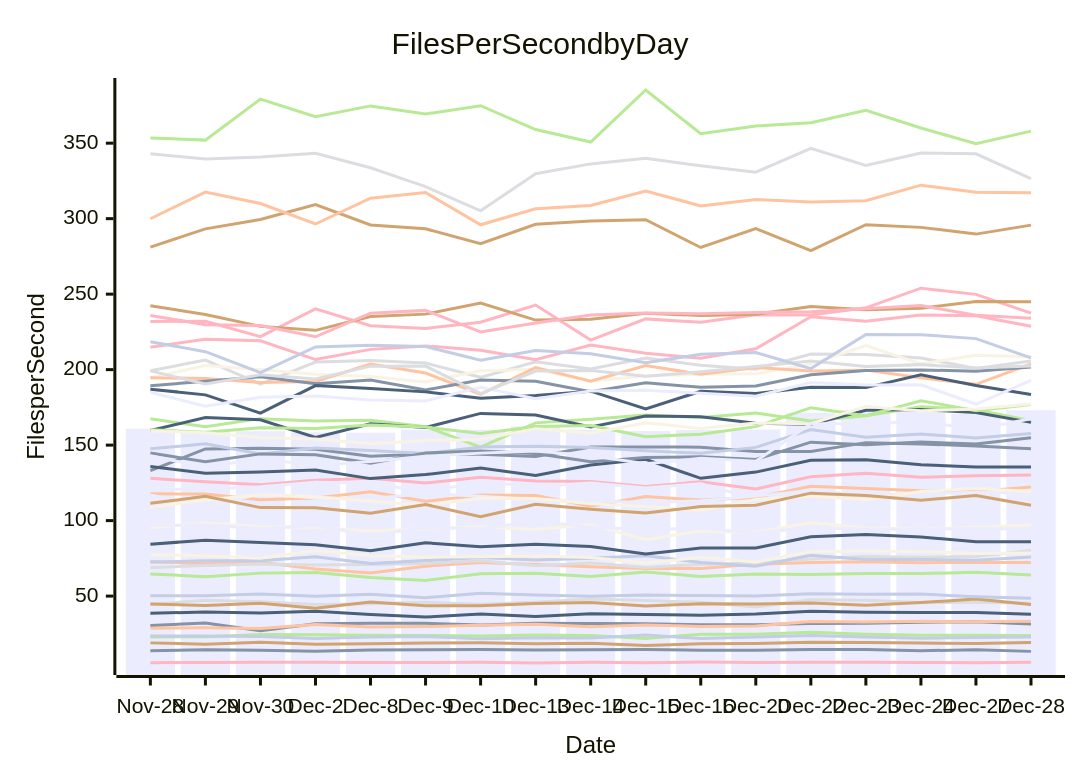
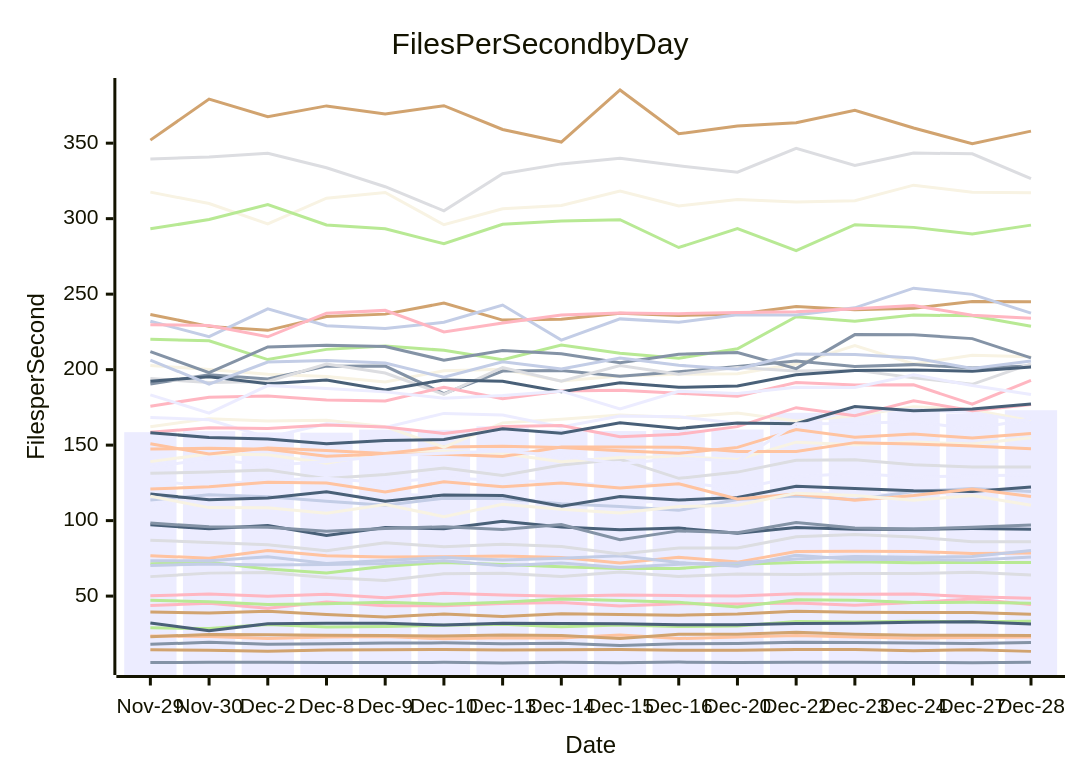
One commit to streetsidesoftware/cspell changed the diagram in perf-report.md. Above: the diagram before and after it, drawn with Mermaid. The commit also changed other lines of this file and 1 other file, not shown here.

````diff
--- a/perf-report.md
+++ b/perf-report.md
@@ -11,57 +11,57 @@
 ```mermaid
 xychart-beta
     title Files Per Second by Day
     y-axis Files per Second
-    x-axis Date [Nov-28, Nov-29, Nov-30, Dec-2, Dec-8, Dec-9, Dec-10, Dec-13, Dec-14, Dec-15, Dec-16, Dec-20, Dec-22, Dec-23, Dec-24, Dec-27, Dec-28]
-    bar [160.85, 158.58, 159.25, 158.41, 158.24, 160.26, 160.13, 162.46, 160.30, 159.32, 159.99, 160.32, 171.41, 173.30, 173.54, 170.88, 173.10]
-    line [13.79, 14.45, 14.21, 13.55, 14.37, 14.53, 14.61, 14.25, 14.42, 14.66, 14.20, 14.14, 14.58, 14.66, 13.81, 14.51, 13.39]
-    line [72.76, 71.50, 72.49, 68.01, 65.32, 69.78, 72.32, 70.99, 69.49, 68.20, 68.29, 71.18, 72.28, 72.81, 72.16, 72.22, 72.29]
-    line [44.61, 47.22, 46.33, 44.42, 44.87, 45.90, 44.67, 46.00, 48.05, 47.07, 45.85, 42.75, 47.52, 47.21, 45.81, 45.88, 45.34]
-    line [22.97, 23.09, 24.60, 24.46, 23.99, 23.97, 23.56, 24.27, 23.97, 21.89, 24.77, 24.75, 25.98, 24.78, 24.02, 24.07, 23.90]
-    line [19.02, 18.13, 19.36, 18.09, 18.49, 18.92, 19.04, 18.41, 18.71, 17.35, 18.44, 18.66, 19.39, 19.24, 18.95, 18.61, 19.20]
-    line [23.57, 23.50, 23.32, 21.90, 22.93, 23.26, 21.71, 22.48, 22.26, 24.16, 21.86, 22.99, 23.86, 22.95, 22.15, 22.59, 22.93]
-    line [128.04, 125.68, 123.73, 126.68, 128.02, 124.91, 128.75, 126.25, 125.99, 122.54, 125.77, 120.95, 129.07, 131.35, 128.71, 129.73, 130.21]
-    line [38.63, 39.45, 38.80, 39.93, 37.87, 36.13, 38.10, 36.47, 38.38, 37.81, 37.32, 38.13, 39.99, 39.24, 39.22, 39.13, 37.99]
-    line [95.22, 98.38, 95.87, 95.57, 93.03, 94.71, 95.93, 94.05, 97.42, 87.40, 93.20, 92.02, 98.77, 95.06, 94.41, 95.55, 97.07]
-    line [120.62, 120.89, 122.51, 125.41, 124.96, 118.90, 125.77, 122.50, 124.97, 121.63, 124.44, 114.40, 117.66, 113.42, 116.57, 120.86, 116.04]
-    line [133.10, 147.45, 147.90, 147.19, 142.70, 144.08, 143.97, 142.44, 148.72, 148.74, 148.66, 145.81, 145.83, 151.65, 150.82, 149.41, 147.54]
-    line [117.82, 117.56, 113.82, 115.04, 119.17, 112.82, 116.99, 116.61, 109.61, 115.93, 113.66, 115.36, 122.68, 121.26, 119.81, 119.36, 122.21]
-    line [199.30, 206.34, 190.41, 205.06, 206.03, 204.37, 194.91, 205.14, 200.36, 207.64, 202.85, 200.31, 210.29, 210.04, 207.76, 200.78, 205.77]
-    line [167.40, 162.13, 167.55, 165.94, 166.49, 162.27, 148.64, 164.74, 167.10, 169.90, 168.25, 171.20, 165.98, 169.49, 175.43, 173.51, 166.13]
-    line [44.73, 43.85, 45.20, 42.00, 46.02, 43.67, 43.68, 45.02, 45.75, 43.43, 44.94, 44.85, 45.35, 43.98, 45.75, 48.03, 44.47]
-    line [50.26, 50.21, 51.36, 49.95, 51.18, 48.94, 51.93, 50.78, 49.91, 50.66, 50.34, 50.02, 51.61, 51.21, 51.38, 49.64, 48.60]
-    line [5.90, 6.01, 6.16, 6.12, 6.00, 6.03, 6.11, 5.69, 6.12, 5.85, 6.27, 5.94, 6.19, 6.23, 6.06, 5.80, 6.19]
-    line [159.74, 168.29, 166.84, 155.06, 164.08, 161.66, 171.02, 169.99, 161.97, 169.28, 168.79, 164.45, 163.90, 173.08, 173.52, 171.67, 165.07]
-    line [194.49, 202.79, 200.07, 197.01, 195.46, 191.88, 199.25, 200.18, 192.55, 195.85, 196.96, 197.31, 203.68, 215.88, 203.82, 209.47, 208.55]
-    line [116.91, 109.21, 117.71, 115.04, 114.43, 117.93, 116.17, 113.85, 113.19, 111.86, 113.23, 116.22, 119.95, 116.76, 117.75, 118.71, 118.58]
-    line [30.55, 32.17, 27.01, 31.76, 31.99, 31.99, 30.84, 32.08, 31.89, 31.67, 31.01, 31.00, 31.79, 31.95, 32.72, 33.00, 31.56]
-    line [194.68, 194.09, 191.43, 192.21, 203.69, 197.75, 183.65, 201.42, 192.31, 202.71, 196.90, 201.49, 199.06, 199.67, 194.62, 190.28, 203.79]
-    line [68.80, 70.33, 71.28, 70.66, 70.99, 71.64, 73.38, 70.10, 71.99, 68.96, 71.11, 72.00, 74.62, 76.21, 75.66, 76.28, 80.16]
-    line [64.67, 62.90, 65.22, 65.65, 62.39, 60.36, 64.84, 65.11, 62.93, 65.98, 63.02, 64.70, 64.39, 64.92, 64.92, 65.76, 63.97]
-    line [281.16, 293.25, 299.40, 309.39, 295.84, 293.27, 283.38, 296.25, 298.40, 299.27, 280.90, 293.45, 278.89, 296.00, 294.23, 289.77, 295.71]
-    line [72.54, 73.38, 73.35, 76.02, 71.59, 73.55, 75.54, 73.95, 75.07, 76.77, 72.26, 69.84, 77.03, 74.27, 74.27, 73.83, 75.96]
-    line [231.90, 232.03, 221.81, 240.23, 229.14, 227.27, 231.37, 242.80, 219.56, 233.62, 231.32, 236.32, 236.26, 240.94, 253.96, 249.85, 237.45]
-    line [135.88, 131.34, 132.15, 133.58, 127.82, 130.48, 134.87, 129.94, 136.83, 140.59, 128.00, 132.13, 140.04, 140.36, 136.98, 135.57, 135.50]
-    line [77.23, 76.76, 75.06, 80.27, 76.65, 75.94, 76.12, 76.57, 75.62, 71.86, 75.70, 72.52, 79.52, 79.75, 79.57, 78.19, 78.53]
-    line [96.71, 97.20, 94.57, 96.80, 90.09, 95.39, 94.62, 99.56, 95.79, 93.99, 95.03, 91.66, 95.50, 94.32, 94.29, 94.73, 94.34]
-    line [189.35, 192.30, 195.25, 190.71, 193.15, 186.55, 193.19, 192.23, 185.43, 191.26, 188.26, 189.10, 196.56, 199.42, 199.83, 198.90, 201.82]
-    line [28.76, 28.98, 28.47, 31.13, 29.50, 29.81, 30.70, 31.34, 29.78, 30.86, 29.89, 30.20, 33.22, 32.90, 33.40, 32.96, 33.38]
-    line [342.99, 339.55, 340.91, 343.35, 333.69, 321.17, 305.21, 329.78, 336.28, 339.96, 335.03, 330.81, 346.52, 335.23, 343.48, 342.97, 326.49]
-    line [160.15, 158.52, 161.43, 161.03, 163.37, 162.01, 157.69, 162.41, 162.92, 155.61, 157.24, 162.25, 174.81, 169.46, 179.44, 172.82, 176.92]
-    line [242.33, 236.55, 228.65, 226.03, 235.13, 236.77, 244.11, 232.83, 233.41, 237.39, 235.87, 236.73, 241.85, 239.59, 240.67, 245.15, 245.04]
-    line [147.55, 150.86, 144.17, 148.12, 146.38, 144.41, 148.76, 149.26, 148.44, 146.25, 144.57, 148.51, 160.26, 155.20, 157.30, 154.76, 157.76]
-    line [214.89, 220.14, 219.09, 206.67, 213.42, 215.72, 212.77, 206.57, 216.35, 210.81, 207.51, 213.81, 235.09, 232.12, 236.13, 235.71, 228.72]
-    line [187.07, 183.30, 171.17, 189.43, 187.46, 185.27, 181.05, 182.93, 185.74, 173.94, 185.68, 184.19, 188.28, 188.11, 196.54, 189.53, 183.55]
-    line [108.78, 113.61, 117.05, 115.87, 112.86, 110.11, 114.79, 114.58, 111.22, 109.33, 106.79, 113.91, 116.30, 113.89, 119.27, 121.25, 119.32]
-    line [185.03, 175.76, 181.77, 182.47, 179.95, 179.31, 188.38, 180.77, 185.77, 186.35, 184.33, 182.33, 191.53, 189.75, 189.98, 177.07, 192.83]
-    line [144.79, 139.07, 144.20, 143.55, 138.09, 144.82, 146.07, 144.49, 139.02, 141.78, 142.36, 140.50, 151.95, 150.33, 152.02, 150.72, 154.90]
-    line [299.95, 317.57, 310.02, 296.47, 313.58, 317.30, 295.96, 306.54, 308.67, 318.29, 308.47, 312.68, 311.01, 311.87, 322.19, 317.56, 317.24]
-    line [199.18, 190.53, 196.53, 193.86, 202.32, 202.37, 184.12, 199.02, 199.50, 195.58, 198.56, 202.04, 205.76, 202.04, 203.32, 201.04, 202.44]
-    line [353.39, 352.03, 379.23, 367.49, 374.69, 369.34, 374.83, 359.05, 350.76, 385.22, 356.23, 361.41, 363.52, 371.74, 360.07, 349.58, 358.00]
-    line [111.47, 116.12, 108.62, 108.44, 104.81, 110.68, 102.65, 110.81, 107.51, 105.11, 109.29, 110.23, 118.20, 116.66, 113.51, 116.56, 110.18]
-    line [218.50, 211.90, 198.01, 215.07, 216.21, 215.29, 206.31, 212.61, 210.51, 204.56, 210.18, 211.34, 200.66, 223.22, 223.16, 220.54, 207.84]
-    line [235.89, 229.81, 229.18, 221.75, 237.38, 239.25, 224.99, 230.85, 236.16, 237.46, 237.06, 237.81, 238.36, 240.26, 242.42, 235.97, 234.05]
-    line [84.35, 87.05, 85.49, 84.05, 80.02, 85.30, 82.71, 84.32, 82.91, 77.95, 81.87, 81.89, 89.30, 90.84, 89.17, 86.07, 86.04]
-    line [159.56, 158.17, 155.13, 153.99, 150.95, 152.99, 153.72, 160.91, 157.90, 164.74, 161.04, 164.69, 164.20, 175.57, 172.74, 173.87, 177.24]
-    line [142.96, 135.37, 140.89, 136.51, 139.19, 142.56, 144.70, 146.06, 142.91, 137.61, 141.27, 139.39, 164.22, 164.25, 165.65, 160.55, 167.52]
+    x-axis Date [Nov-29, Nov-30, Dec-2, Dec-8, Dec-9, Dec-10, Dec-13, Dec-14, Dec-15, Dec-16, Dec-20, Dec-22, Dec-23, Dec-24, Dec-27, Dec-28]
+    bar [158.58, 159.25, 158.41, 158.24, 160.26, 160.13, 162.46, 160.30, 159.32, 159.99, 160.32, 171.41, 173.30, 173.54, 170.88, 173.10]
+    line [6.01, 6.16, 6.12, 6.00, 6.03, 6.11, 5.69, 6.12, 5.85, 6.27, 5.94, 6.19, 6.23, 6.06, 5.80, 6.19]
+    line [76.76, 75.06, 80.27, 76.65, 75.94, 76.12, 76.57, 75.62, 71.86, 75.70, 72.52, 79.52, 79.75, 79.57, 78.19, 78.53]
+    line [62.90, 65.22, 65.65, 62.39, 60.36, 64.84, 65.11, 62.93, 65.98, 63.02, 64.70, 64.39, 64.92, 64.92, 65.76, 63.97]
+    line [71.50, 72.49, 68.01, 65.32, 69.78, 72.32, 70.99, 69.49, 68.20, 68.29, 71.18, 72.28, 72.81, 72.16, 72.22, 72.29]
+    line [39.45, 38.80, 39.93, 37.87, 36.13, 38.10, 36.47, 38.38, 37.81, 37.32, 38.13, 39.99, 39.24, 39.22, 39.13, 37.99]
+    line [73.38, 73.35, 76.02, 71.59, 73.55, 75.54, 73.95, 75.07, 76.77, 72.26, 69.84, 77.03, 74.27, 74.27, 73.83, 75.96]
+    line [50.21, 51.36, 49.95, 51.18, 48.94, 51.93, 50.78, 49.91, 50.66, 50.34, 50.02, 51.61, 51.21, 51.38, 49.64, 48.60]
+    line [97.20, 94.57, 96.80, 90.09, 95.39, 94.62, 99.56, 95.79, 93.99, 95.03, 91.66, 95.50, 94.32, 94.29, 94.73, 94.34]
+    line [202.79, 200.07, 197.01, 195.46, 191.88, 199.25, 200.18, 192.55, 195.85, 196.96, 197.31, 203.68, 215.88, 203.82, 209.47, 208.55]
+    line [109.21, 117.71, 115.04, 114.43, 117.93, 116.17, 113.85, 113.19, 111.86, 113.23, 116.22, 119.95, 116.76, 117.75, 118.71, 118.58]
+    line [18.13, 19.36, 18.09, 18.49, 18.92, 19.04, 18.41, 18.71, 17.35, 18.44, 18.66, 19.39, 19.24, 18.95, 18.61, 19.20]
+    line [23.50, 23.32, 21.90, 22.93, 23.26, 21.71, 22.48, 22.26, 24.16, 21.86, 22.99, 23.86, 22.95, 22.15, 22.59, 22.93]
+    line [131.34, 132.15, 133.58, 127.82, 130.48, 134.87, 129.94, 136.83, 140.59, 128.00, 132.13, 140.04, 140.36, 136.98, 135.57, 135.50]
+    line [28.98, 28.47, 31.13, 29.50, 29.81, 30.70, 31.34, 29.78, 30.86, 29.89, 30.20, 33.22, 32.90, 33.40, 32.96, 33.38]
+    line [14.45, 14.21, 13.55, 14.37, 14.53, 14.61, 14.25, 14.42, 14.66, 14.20, 14.14, 14.58, 14.66, 13.81, 14.51, 13.39]
+    line [113.61, 117.05, 115.87, 112.86, 110.11, 114.79, 114.58, 111.22, 109.33, 106.79, 113.91, 116.30, 113.89, 119.27, 121.25, 119.32]
+    line [43.85, 45.20, 42.00, 46.02, 43.67, 43.68, 45.02, 45.75, 43.43, 44.94, 44.85, 45.35, 43.98, 45.75, 48.03, 44.47]
+    line [117.56, 113.82, 115.04, 119.17, 112.82, 116.99, 116.61, 109.61, 115.93, 113.66, 115.36, 122.68, 121.26, 119.81, 119.36, 122.21]
+    line [317.57, 310.02, 296.47, 313.58, 317.30, 295.96, 306.54, 308.67, 318.29, 308.47, 312.68, 311.01, 311.87, 322.19, 317.56, 317.24]
+    line [125.68, 123.73, 126.68, 128.02, 124.91, 128.75, 126.25, 125.99, 122.54, 125.77, 120.95, 129.07, 131.35, 128.71, 129.73, 130.21]
+    line [190.53, 196.53, 193.86, 202.32, 202.37, 184.12, 199.02, 199.50, 195.58, 198.56, 202.04, 205.76, 202.04, 203.32, 201.04, 202.44]
+    line [120.89, 122.51, 125.41, 124.96, 118.90, 125.77, 122.50, 124.97, 121.63, 124.44, 114.40, 117.66, 113.42, 116.57, 120.86, 116.04]
+    line [194.09, 191.43, 192.21, 203.69, 197.75, 183.65, 201.42, 192.31, 202.71, 196.90, 201.49, 199.06, 199.67, 194.62, 190.28, 203.79]
+    line [220.14, 219.09, 206.67, 213.42, 215.72, 212.77, 206.57, 216.35, 210.81, 207.51, 213.81, 235.09, 232.12, 236.13, 235.71, 228.72]
+    line [236.55, 228.65, 226.03, 235.13, 236.77, 244.11, 232.83, 233.41, 237.39, 235.87, 236.73, 241.85, 239.59, 240.67, 245.15, 245.04]
+    line [70.33, 71.28, 70.66, 70.99, 71.64, 73.38, 70.10, 71.99, 68.96, 71.11, 72.00, 74.62, 76.21, 75.66, 76.28, 80.16]
+    line [175.76, 181.77, 182.47, 179.95, 179.31, 188.38, 180.77, 185.77, 186.35, 184.33, 182.33, 191.53, 189.75, 189.98, 177.07, 192.83]
+    line [192.30, 195.25, 190.71, 193.15, 186.55, 193.19, 192.23, 185.43, 191.26, 188.26, 189.10, 196.56, 199.42, 199.83, 198.90, 201.82]
+    line [139.07, 144.20, 143.55, 138.09, 144.82, 146.07, 144.49, 139.02, 141.78, 142.36, 140.50, 151.95, 150.33, 152.02, 150.72, 154.90]
+    line [183.30, 171.17, 189.43, 187.46, 185.27, 181.05, 182.93, 185.74, 173.94, 185.68, 184.19, 188.28, 188.11, 196.54, 189.53, 183.55]
+    line [211.90, 198.01, 215.07, 216.21, 215.29, 206.31, 212.61, 210.51, 204.56, 210.18, 211.34, 200.66, 223.22, 223.16, 220.54, 207.84]
+    line [150.86, 144.17, 148.12, 146.38, 144.41, 148.76, 149.26, 148.44, 146.25, 144.57, 148.51, 160.26, 155.20, 157.30, 154.76, 157.76]
+    line [87.05, 85.49, 84.05, 80.02, 85.30, 82.71, 84.32, 82.91, 77.95, 81.87, 81.89, 89.30, 90.84, 89.17, 86.07, 86.04]
+    line [293.25, 299.40, 309.39, 295.84, 293.27, 283.38, 296.25, 298.40, 299.27, 280.90, 293.45, 278.89, 296.00, 294.23, 289.77, 295.71]
+    line [352.03, 379.23, 367.49, 374.69, 369.34, 374.83, 359.05, 350.76, 385.22, 356.23, 361.41, 363.52, 371.74, 360.07, 349.58, 358.00]
+    line [232.03, 221.81, 240.23, 229.14, 227.27, 231.37, 242.80, 219.56, 233.62, 231.32, 236.32, 236.26, 240.94, 253.96, 249.85, 237.45]
+    line [229.81, 229.18, 221.75, 237.38, 239.25, 224.99, 230.85, 236.16, 237.46, 237.06, 237.81, 238.36, 240.26, 242.42, 235.97, 234.05]
+    line [32.17, 27.01, 31.76, 31.99, 31.99, 30.84, 32.08, 31.89, 31.67, 31.01, 31.00, 31.79, 31.95, 32.72, 33.00, 31.56]
+    line [162.13, 167.55, 165.94, 166.49, 162.27, 148.64, 164.74, 167.10, 169.90, 168.25, 171.20, 165.98, 169.49, 175.43, 173.51, 166.13]
+    line [168.29, 166.84, 155.06, 164.08, 161.66, 171.02, 169.99, 161.97, 169.28, 168.79, 164.45, 163.90, 173.08, 173.52, 171.67, 165.07]
+    line [98.38, 95.87, 95.57, 93.03, 94.71, 95.93, 94.05, 97.42, 87.40, 93.20, 92.02, 98.77, 95.06, 94.41, 95.55, 97.07]
+    line [147.45, 147.90, 147.19, 142.70, 144.08, 143.97, 142.44, 148.72, 148.74, 148.66, 145.81, 145.83, 151.65, 150.82, 149.41, 147.54]
+    line [339.55, 340.91, 343.35, 333.69, 321.17, 305.21, 329.78, 336.28, 339.96, 335.03, 330.81, 346.52, 335.23, 343.48, 342.97, 326.49]
+    line [47.22, 46.33, 44.42, 44.87, 45.90, 44.67, 46.00, 48.05, 47.07, 45.85, 42.75, 47.52, 47.21, 45.81, 45.88, 45.34]
+    line [23.09, 24.60, 24.46, 23.99, 23.97, 23.56, 24.27, 23.97, 21.89, 24.77, 24.75, 25.98, 24.78, 24.02, 24.07, 23.90]
+    line [206.34, 190.41, 205.06, 206.03, 204.37, 194.91, 205.14, 200.36, 207.64, 202.85, 200.31, 210.29, 210.04, 207.76, 200.78, 205.77]
+    line [158.52, 161.43, 161.03, 163.37, 162.01, 157.69, 162.41, 162.92, 155.61, 157.24, 162.25, 174.81, 169.46, 179.44, 172.82, 176.92]
+    line [158.17, 155.13, 153.99, 150.95, 152.99, 153.72, 160.91, 157.90, 164.74, 161.04, 164.69, 164.20, 175.57, 172.74, 173.87, 177.24]
+    line [116.12, 108.62, 108.44, 104.81, 110.68, 102.65, 110.81, 107.51, 105.11, 109.29, 110.23, 118.20, 116.66, 113.51, 116.56, 110.18]
+    line [135.37, 140.89, 136.51, 139.19, 142.56, 144.70, 146.06, 142.91, 137.61, 141.27, 139.39, 164.22, 164.25, 165.65, 160.55, 167.52]
 ```
````
